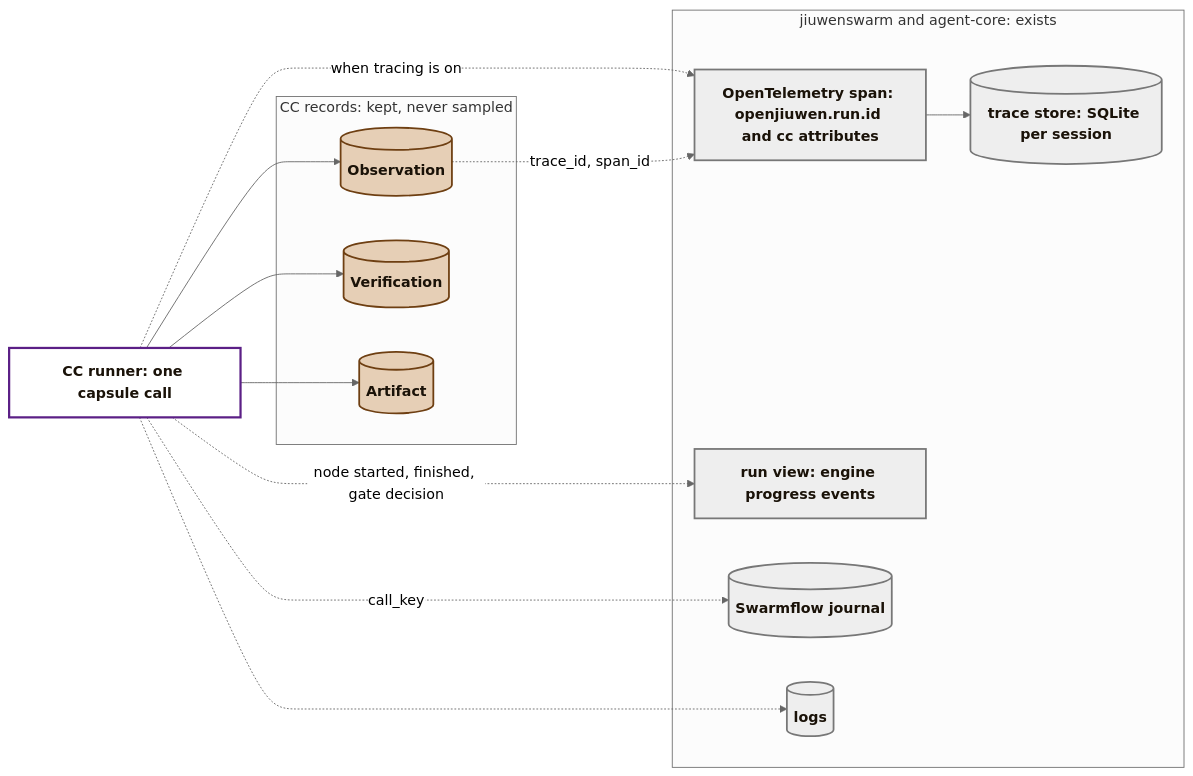
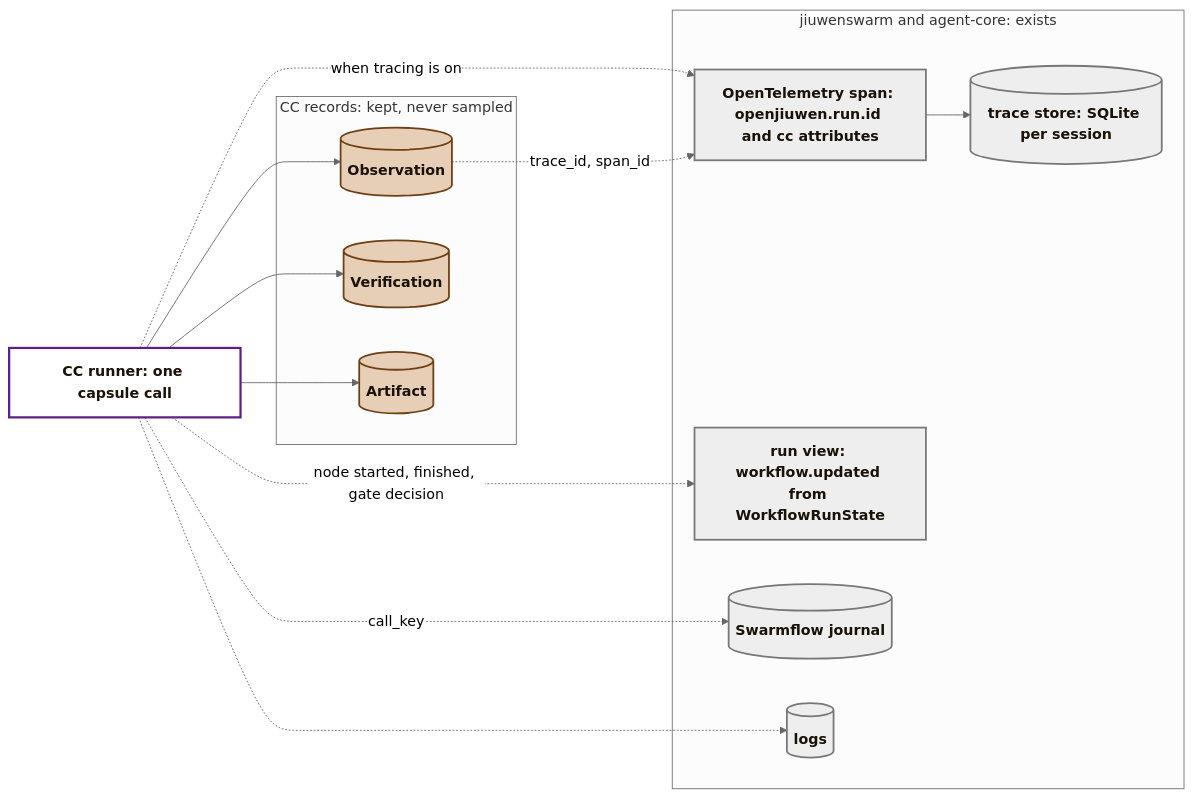
The seventh of 7 diagrams in docs/architecture/b1-design.md (Stellven/jiuwenswarm), drawn with Mermaid (neutral theme) before and after one commit. The commit also changed other lines of this file and 24 other files, not shown here.

Commit message:
Add core schemas and keep models out of the capsule layer

````diff
--- a/docs/architecture/b1-design.md
+++ b/docs/architecture/b1-design.md
@@ -252,27 +374,27 @@
 ```mermaid
 flowchart LR
     RUN[CC runner: one capsule call]:::ctrl
     subgraph CCR["CC records: kept, never sampled"]
         OBS[(Observation)]:::rec
         VER[(Verification)]:::rec
         ART[(Artifact)]:::rec
     end
     subgraph JSO["jiuwenswarm and agent-core: exists"]
         SPAN[OpenTelemetry span: openjiuwen.run.id and cc attributes]:::js
         TS[(trace store: SQLite per session)]:::js
-        PROG[run view: engine progress events]:::js
+        PROG[run view: workflow.updated from WorkflowRunState]:::js
         JRN[(Swarmflow journal)]:::js
         LOG[(logs)]:::js
     end
     RUN --> OBS
     RUN --> VER
     RUN --> ART
     RUN -.->|when tracing is on| SPAN --> TS
     OBS -.->|trace_id, span_id| SPAN
     RUN -.->|node started, finished, gate decision| PROG
     RUN -.->|call_key| JRN
     RUN -.-> LOG
     classDef js fill:#EEEEEE,stroke:#777777,stroke-width:2px,color:#1a1208,font-weight:bold
     classDef ctrl fill:#ffffff,stroke:#5B1F86,stroke-width:2.5px,color:#1a1208,font-weight:bold
     classDef rec fill:#E6CFB6,stroke:#6E3F12,stroke-width:2px,color:#1a1208,font-weight:bold
 ```
````
